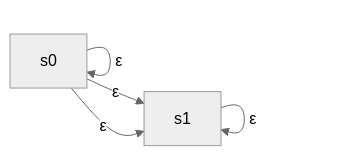
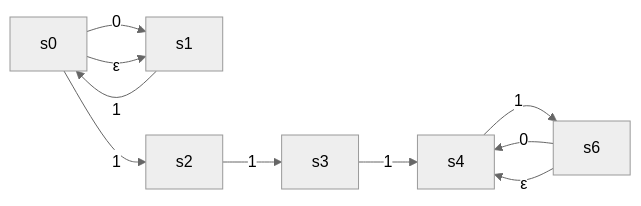
The seventh of 7 diagrams in notes/c2.md (lhtin/eac2), drawn with Mermaid (neutral theme) before and after one commit. The commit also changed other lines of this file, not shown here.

````diff
--- a/notes/c2.md
+++ b/notes/c2.md
@@ -448,11 +420,8 @@
 ```mermaid
 graph LR
-s0 -->|ε| s1
+	s0 -->|0| s1 -->|1| s0
 	s0 -->|ε| s1
-	s0 -->|ε| s0
-	s0 -->|ε| s0
-	s1 -->|ε| s1
-	s1 -->|ε| s1
-	
-
+	s0 -->|1| s2 -->|1| s3 -->|1| s4
+	s4 -->|1| s6 -->|0| s4
+	s6 -->|ε| s4
 ```
````
